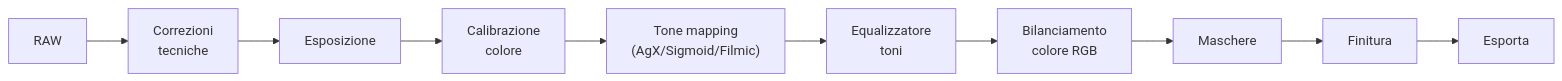
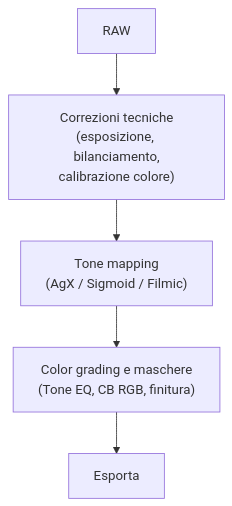
The diagram in docs/workflow/index.md (lorenzoperone/darktable-docs), drawn with Mermaid before and after one commit. The commit also changed 11 other files, not shown here.

First line of the commit message:
fix: diagrammi Mermaid leggibili, pulsante Segnala dinamico, date contenuto

````diff
--- a/docs/workflow/index.md
+++ b/docs/workflow/index.md
@@ -23,6 +23,7 @@
 ```mermaid
-flowchart LR
-    A["RAW"] --> B["Correzioni<br/>tecniche"] --> C["Esposizione"] --> D["Calibrazione<br/>colore"]
-    --> E["Tone mapping<br/>(AgX/Sigmoid/Filmic)"] --> F["Equalizzatore<br/>toni"]
-    --> G["Bilanciamento<br/>colore RGB"] --> H["Maschere"] --> I["Finitura"] --> J["Esporta"]
+flowchart TD
+    A["RAW"] --> B["Correzioni tecniche<br/>(esposizione, bilanciamento,<br/>calibrazione colore)"]
+    B --> C["Tone mapping<br/>(AgX / Sigmoid / Filmic)"]
+    C --> D["Color grading e maschere<br/>(Tone EQ, CB RGB, finitura)"]
+    D --> E["Esporta"]
 ```
````
